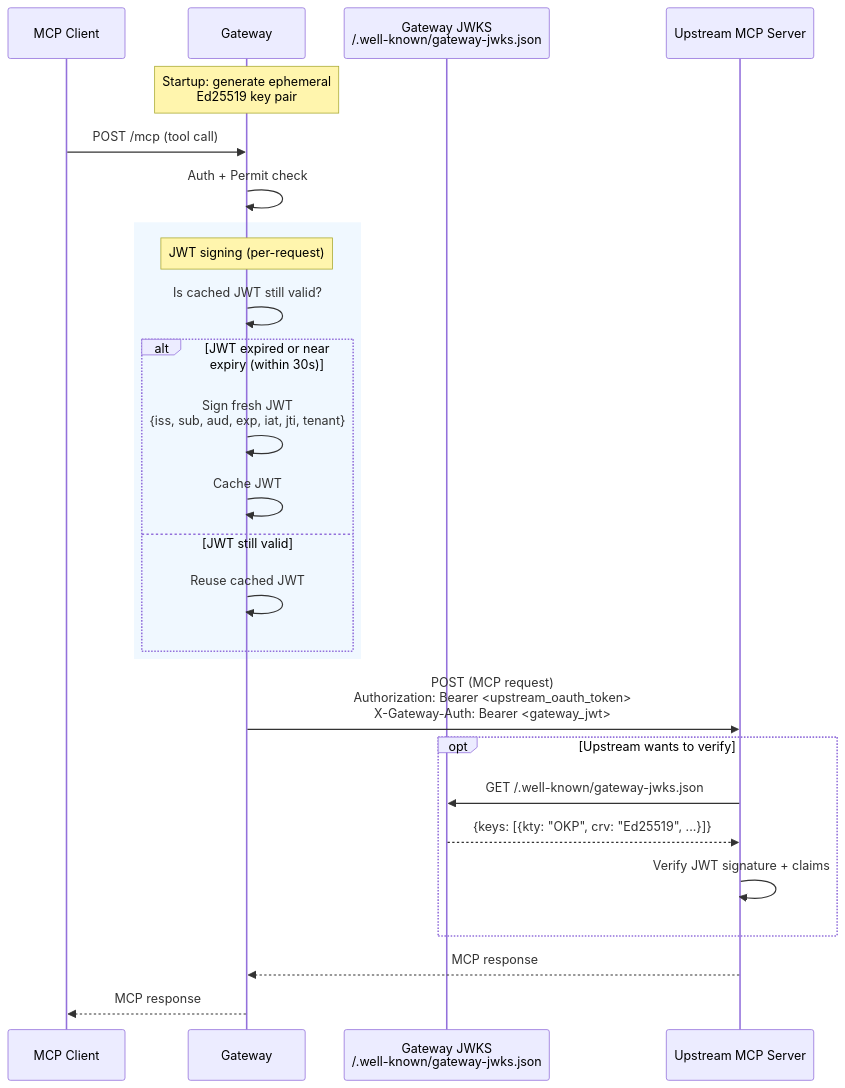
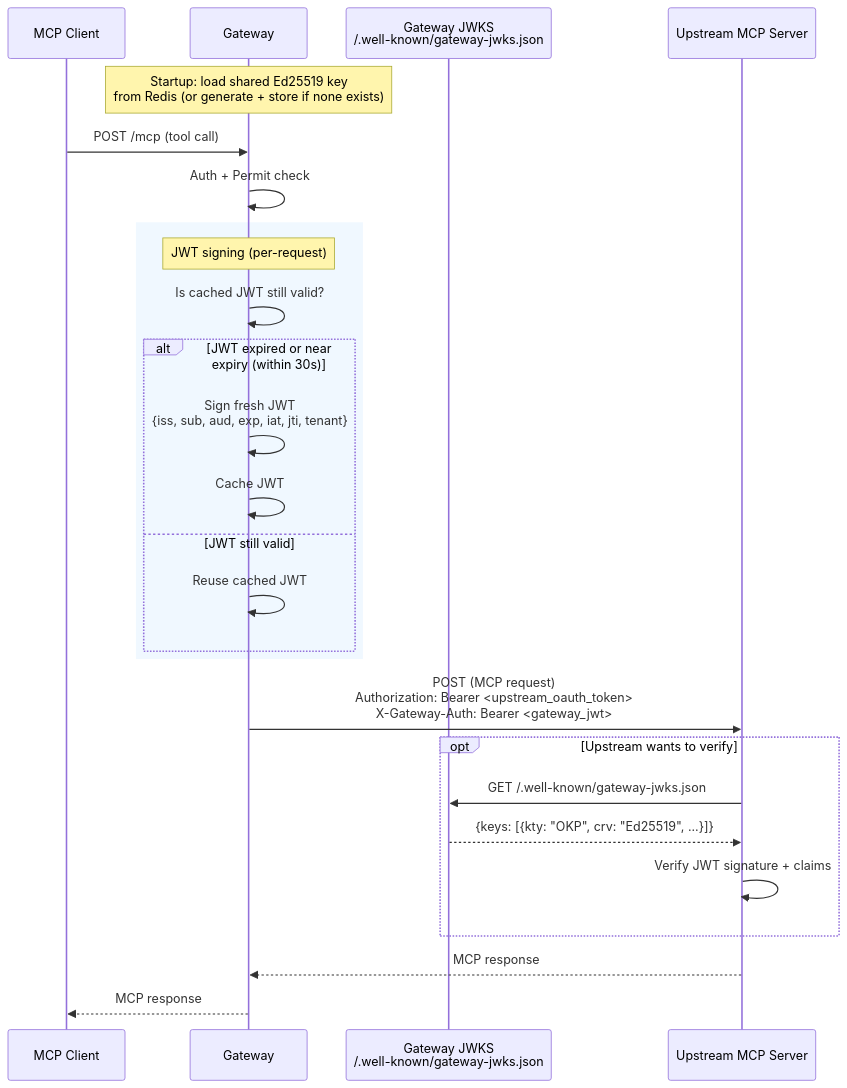
One commit to permitio/docs changed the ninth of 9 diagrams in docs/permit-mcp-gateway/architecture.mdx. Above: the diagram before and after it, drawn with Mermaid. The commit also changed other lines of this file, not shown here.

````diff
--- a/docs/permit-mcp-gateway/architecture.mdx
+++ b/docs/permit-mcp-gateway/architecture.mdx
@@ -454,34 +454,34 @@
 ```mermaid
 sequenceDiagram
     participant Client as MCP Client
     participant GW as Gateway
     participant JWKS as Gateway JWKS<br/>/.well-known/gateway-jwks.json
     participant Up as Upstream MCP Server
 
-    Note over GW: Startup: generate ephemeral<br/>Ed25519 key pair
+    Note over GW: Startup: load shared Ed25519 key<br/>from Redis (or generate + store if none exists)
 
     Client->>GW: POST /mcp (tool call)
     GW->>GW: Auth + Permit check
 
     rect rgb(240, 248, 255)
         Note over GW: JWT signing (per-request)
         GW->>GW: Is cached JWT still valid?
         alt JWT expired or near expiry (within 30s)
             GW->>GW: Sign fresh JWT<br/>{iss, sub, aud, exp, iat, jti, tenant}
             GW->>GW: Cache JWT
         else JWT still valid
             GW->>GW: Reuse cached JWT
         end
     end
 
     GW->>Up: POST (MCP request)<br/>Authorization: Bearer <upstream_oauth_token><br/>X-Gateway-Auth: Bearer <gateway_jwt>
 
     opt Upstream wants to verify
         Up->>JWKS: GET /.well-known/gateway-jwks.json
         JWKS-->>Up: {keys: [{kty: "OKP", crv: "Ed25519", ...}]}
         Up->>Up: Verify JWT signature + claims
     end
 
     Up-->>GW: MCP response
     GW-->>Client: MCP response
 ```
````
